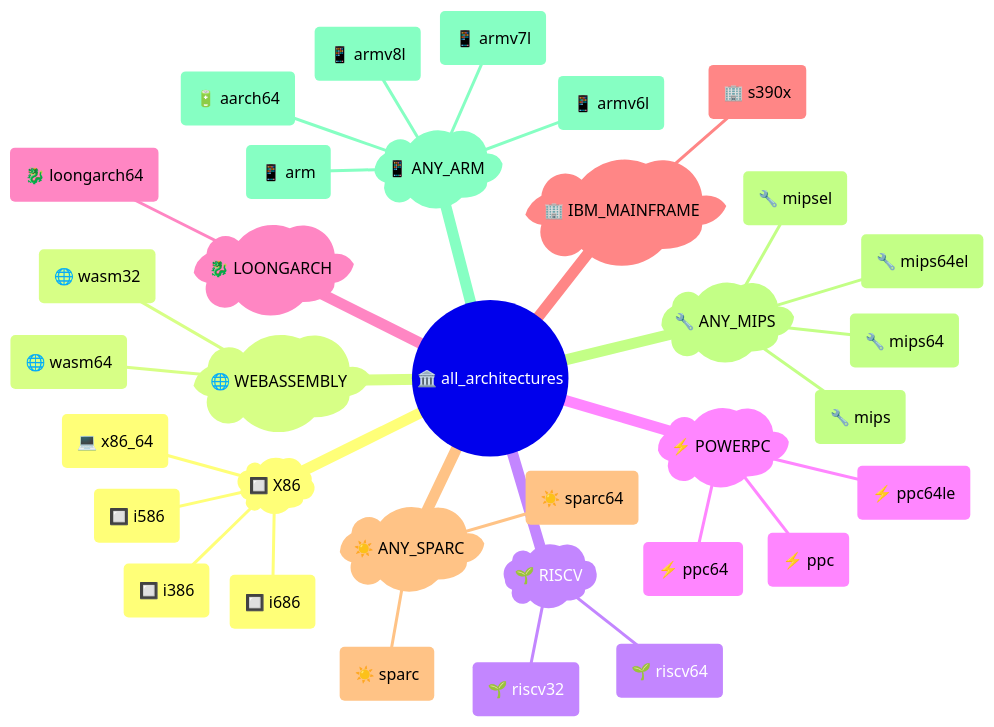
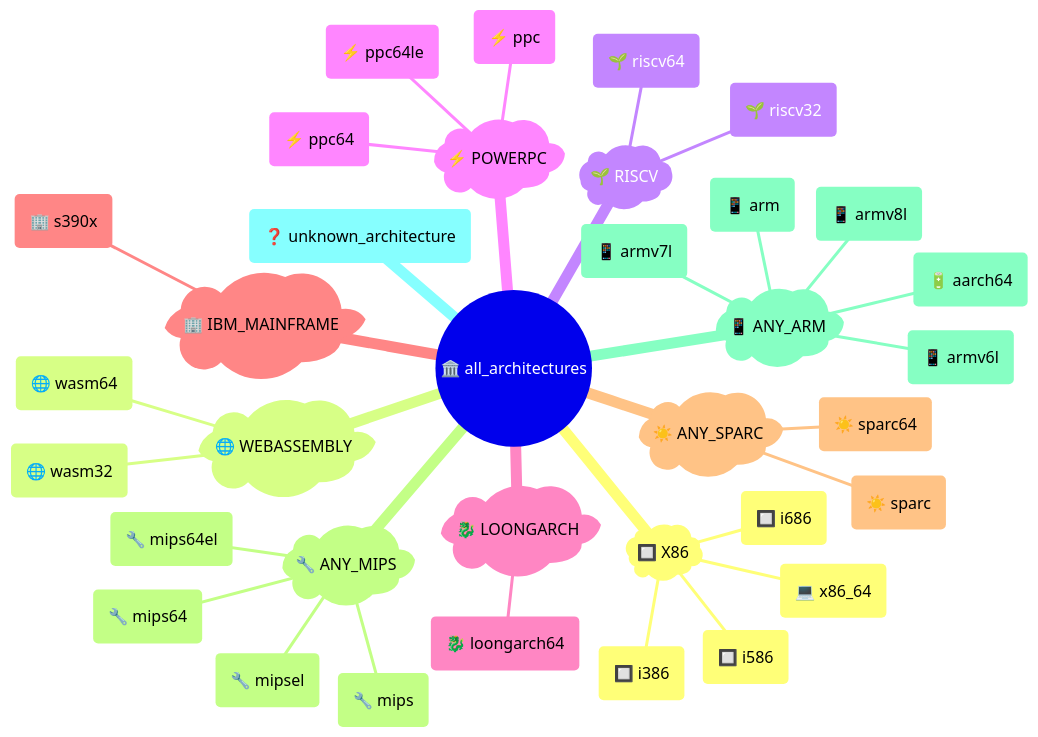
The second of 11 diagrams in docs/architectures.md (kdeldycke/extra-platforms), drawn with Mermaid before and after one commit. The commit also changed 2 other files, not shown here.

Commit message:
Display group-less traits in mindmaps

````diff
--- a/docs/architectures.md
+++ b/docs/architectures.md
@@ -130,40 +130,41 @@
 ```mermaid
 ---
 config: {"mindmap": {"padding": 5}}
 ---
 mindmap
     ((🏛️ all_architectures))
         )🔲 X86(
             (🔲 i386)
             (🔲 i586)
             (🔲 i686)
             (💻 x86_64)
         )🌐 WEBASSEMBLY(
             (🌐 wasm32)
             (🌐 wasm64)
         )🌱 RISCV(
             (🌱 riscv32)
             (🌱 riscv64)
         )⚡ POWERPC(
             (⚡ ppc)
             (⚡ ppc64)
             (⚡ ppc64le)
         )🐉 LOONGARCH(
             (🐉 loongarch64)
         )🏢 IBM_MAINFRAME(
             (🏢 s390x)
         )☀️ ANY_SPARC(
             (☀️ sparc)
             (☀️ sparc64)
         )🔧 ANY_MIPS(
             (🔧 mips)
             (🔧 mips64)
             (🔧 mips64el)
             (🔧 mipsel)
         )📱 ANY_ARM(
             (🔋 aarch64)
             (📱 arm)
             (📱 armv6l)
             (📱 armv7l)
             (📱 armv8l)
+        (❓ unknown_architecture)
 ```
````
